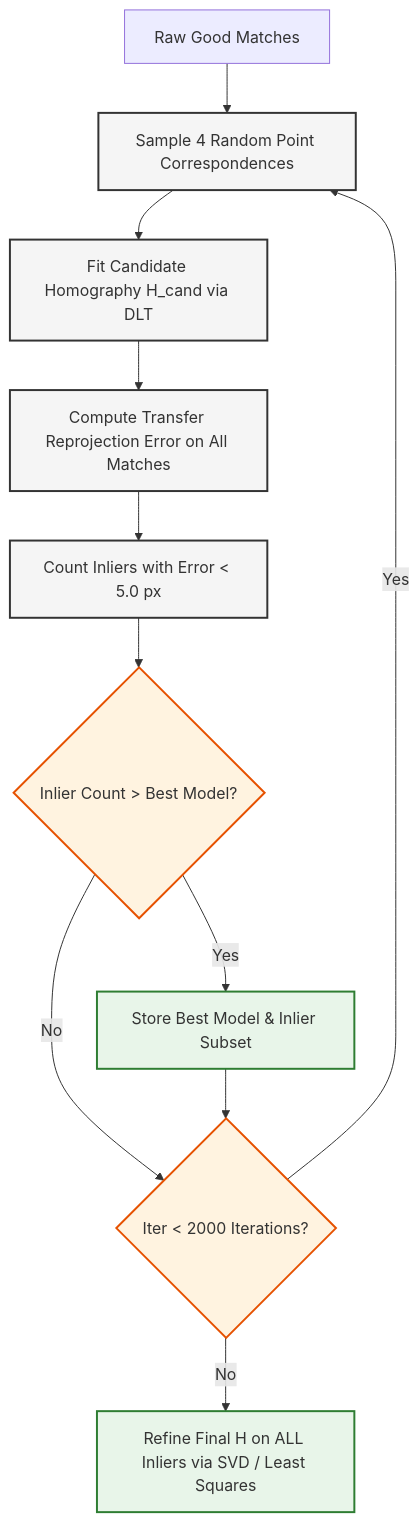
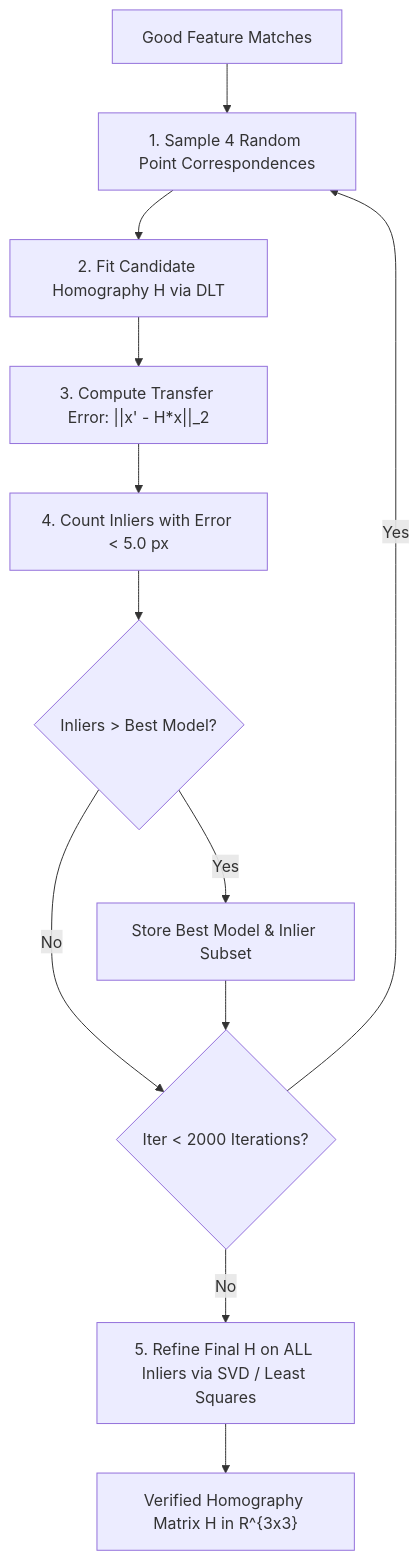
Before and after one commit to mhiskall282/Feature-Based-Image-Matching-and-Automatic-Panorama-Construction-Problem: the fourth of 6 diagrams in report/report.md, drawn with Mermaid. The commit also changed other lines of this file and 12 other files, not shown here.

Commit message:
feat: high-contrast diagrams, polished UI, and cloud deployment configs for Vercel, Render, and Docker

````diff
--- a/report/report.md
+++ b/report/report.md
@@ -96,17 +120,14 @@
 ```mermaid
 graph TD
-    classDef box fill:#F5F5F5,stroke:#333,stroke-width:2px;
-    classDef dec fill:#FFF3E0,stroke:#E65100,stroke-width:2px;
-    classDef final fill:#E8F5E9,stroke:#2E7D32,stroke-width:2px;
-
-    Matches[Raw Good Matches] --> Rand[Sample 4 Random Point Correspondences]:::box
-    Rand --> DLT[Fit Candidate Homography H_cand via DLT]:::box
-    DLT --> Reproj[Compute Transfer Reprojection Error on All Matches]:::box
-    Reproj --> Count[Count Inliers with Error < 5.0 px]:::box
-    Count --> MaxCheck{Inlier Count > Best Model?}:::dec
-    MaxCheck -- Yes --> Save[Store Best Model & Inlier Subset]:::final
-    MaxCheck -- No --> IterCheck{Iter < 2000 Iterations?}:::dec
+    Matches["Good Feature Matches"] --> Rand["1. Sample 4 Random Point Correspondences"]
+    Rand --> DLT["2. Fit Candidate Homography H via DLT"]
+    DLT --> Reproj["3. Compute Transfer Error: ||x' - H*x||_2"]
+    Reproj --> Count["4. Count Inliers with Error < 5.0 px"]
+    Count --> MaxCheck{"Inliers > Best Model?"}
+    MaxCheck -- Yes --> Save["Store Best Model & Inlier Subset"]
+    MaxCheck -- No --> IterCheck{"Iter < 2000 Iterations?"}
     Save --> IterCheck
     IterCheck -- Yes --> Rand
-    IterCheck -- No --> SVD[Refine Final H on ALL Inliers via SVD / Least Squares]:::final
+    IterCheck -- No --> SVD["5. Refine Final H on ALL Inliers via SVD / Least Squares"]
+    SVD --> Done["Verified Homography Matrix H in R^{3x3}"]
 ```
````
